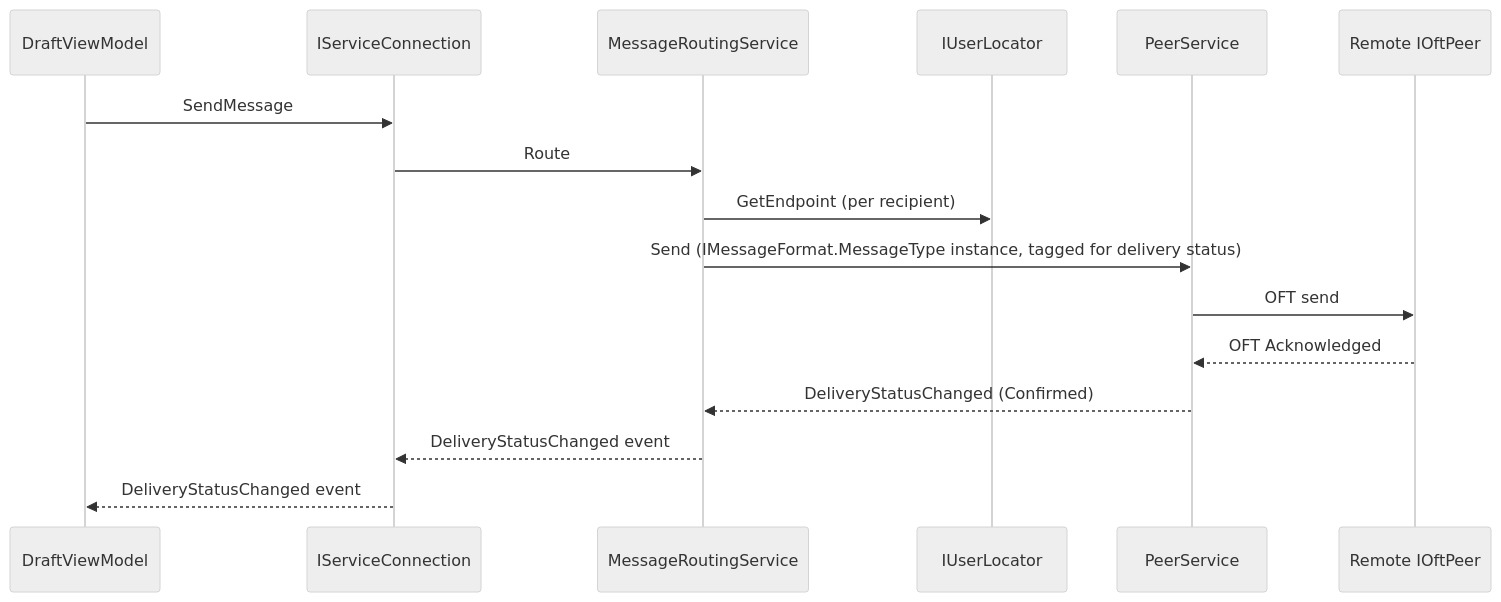
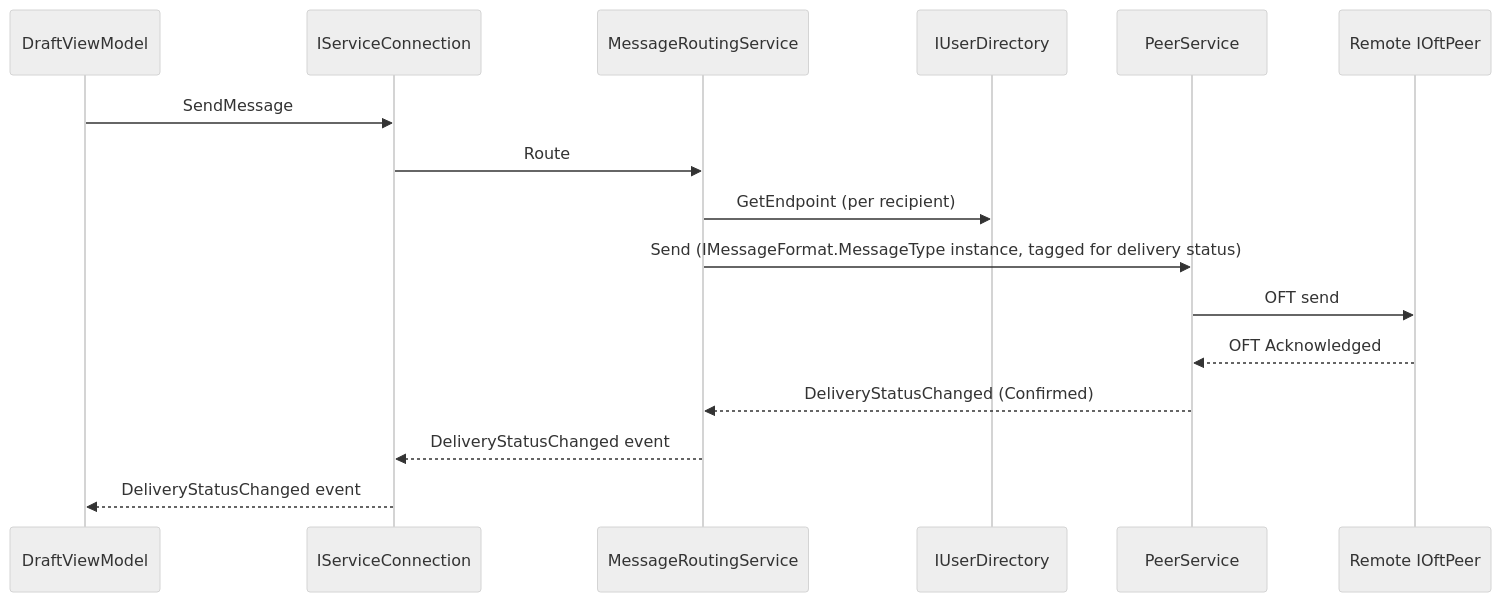
The second of 5 diagrams in Docs/Architecture.md (Blue-Heighliner/Comlink), drawn with Mermaid (neutral theme) before and after one commit. The commit also changed other lines of this file and 107 other files, not shown here.

````diff
--- a/Docs/Architecture.md
+++ b/Docs/Architecture.md
@@ -56,18 +56,18 @@
 ```mermaid
 sequenceDiagram
     participant DVM as DraftViewModel
     participant SC as IServiceConnection
     participant MRS as MessageRoutingService
-    participant SL as IUserLocator
+    participant SL as IUserDirectory
     participant PS as PeerService
     participant RP as Remote IOftPeer
     DVM->>SC: SendMessage
     SC->>MRS: Route
     MRS->>SL: GetEndpoint (per recipient)
     MRS->>PS: Send (IMessageFormat.MessageType instance, tagged for delivery status)
     PS->>RP: OFT send
     RP-->>PS: OFT Acknowledged
     PS-->>MRS: DeliveryStatusChanged (Confirmed)
     MRS-->>SC: DeliveryStatusChanged event
     SC-->>DVM: DeliveryStatusChanged event
 ```
````
